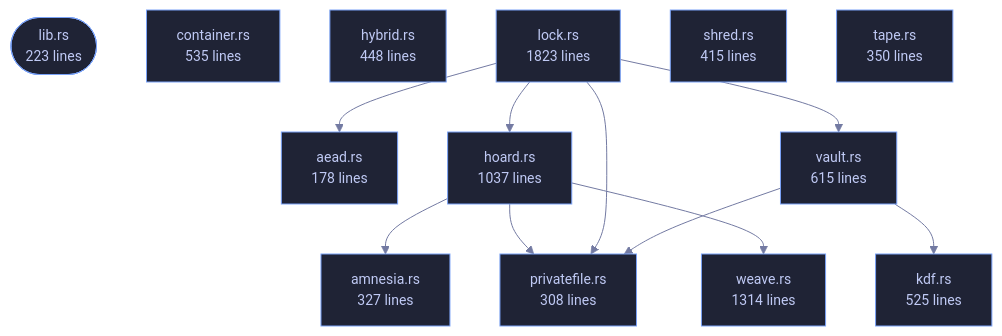
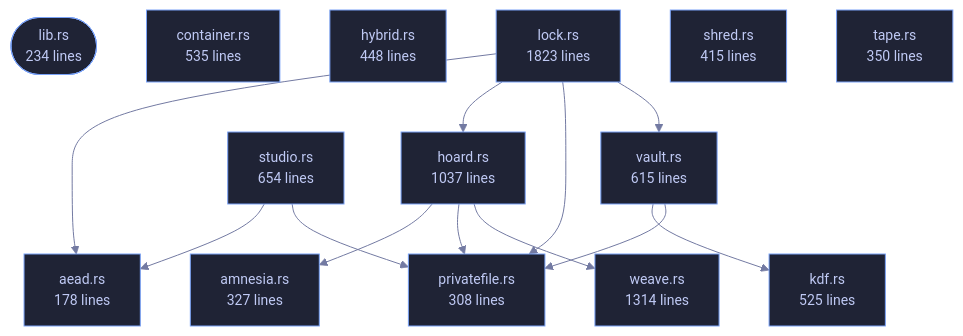
One commit to tilas01/veilvoice changed the diagram in crates/veilvoice-crypto/README.md. Above: the diagram before and after it, drawn with Mermaid. The commit also changed other lines of this file and 25 other files, not shown here.

First line of the commit message:
crypto: a studio vault whose key exists only when both locks are open

````diff
--- a/crates/veilvoice-crypto/README.md
+++ b/crates/veilvoice-crypto/README.md
@@ -108,39 +108,43 @@
 ```mermaid
 %%{init: {"theme":"base","themeVariables":{"background":"#1a1b26","primaryColor":"#1f2335","primaryTextColor":"#c0caf5","primaryBorderColor":"#7aa2f7","secondaryColor":"#16161e","tertiaryColor":"#16161e","lineColor":"#737aa2","textColor":"#c0caf5","mainBkg":"#1f2335","nodeBorder":"#7aa2f7","clusterBkg":"#16161e","clusterBorder":"#2f3549","fontFamily":"ui-monospace, SFMono-Regular, Consolas, monospace","fontSize":"14px"}}}%%
 flowchart TD
-    n_lib(["lib.rs<br/>223 lines"])
+    n_lib(["lib.rs<br/>234 lines"])
     n_aead["aead.rs<br/>178 lines"]
     n_amnesia["amnesia.rs<br/>327 lines"]
     n_container["container.rs<br/>535 lines"]
     n_hoard["hoard.rs<br/>1037 lines"]
     n_hybrid["hybrid.rs<br/>448 lines"]
     n_kdf["kdf.rs<br/>525 lines"]
     n_lock["lock.rs<br/>1823 lines"]
     n_privatefile["privatefile.rs<br/>308 lines"]
     n_shred["shred.rs<br/>415 lines"]
+    n_studio["studio.rs<br/>654 lines"]
     n_tape["tape.rs<br/>350 lines"]
     n_vault["vault.rs<br/>615 lines"]
     n_weave["weave.rs<br/>1314 lines"]
     n_hoard --> n_amnesia
     n_hoard --> n_privatefile
     n_hoard --> n_weave
     n_lock --> n_aead
     n_lock --> n_hoard
     n_lock --> n_privatefile
     n_lock --> n_vault
+    n_studio --> n_aead
+    n_studio --> n_privatefile
     n_vault --> n_kdf
     n_vault --> n_privatefile
     click n_lib href "https://github.com/tilas01/veilvoice/blob/main/crates/veilvoice-crypto/src/lib.rs" "open the source"
     click n_aead href "https://github.com/tilas01/veilvoice/blob/main/crates/veilvoice-crypto/src/aead.rs" "open the source"
     click n_amnesia href "https://github.com/tilas01/veilvoice/blob/main/crates/veilvoice-crypto/src/amnesia.rs" "open the source"
     click n_container href "https://github.com/tilas01/veilvoice/blob/main/crates/veilvoice-crypto/src/container.rs" "open the source"
     click n_hoard href "https://github.com/tilas01/veilvoice/blob/main/crates/veilvoice-crypto/src/hoard.rs" "open the source"
     click n_hybrid href "https://github.com/tilas01/veilvoice/blob/main/crates/veilvoice-crypto/src/hybrid.rs" "open the source"
     click n_kdf href "https://github.com/tilas01/veilvoice/blob/main/crates/veilvoice-crypto/src/kdf.rs" "open the source"
     click n_lock href "https://github.com/tilas01/veilvoice/blob/main/crates/veilvoice-crypto/src/lock.rs" "open the source"
     click n_privatefile href "https://github.com/tilas01/veilvoice/blob/main/crates/veilvoice-crypto/src/privatefile.rs" "open the source"
     click n_shred href "https://github.com/tilas01/veilvoice/blob/main/crates/veilvoice-crypto/src/shred.rs" "open the source"
+    click n_studio href "https://github.com/tilas01/veilvoice/blob/main/crates/veilvoice-crypto/src/studio.rs" "open the source"
     click n_tape href "https://github.com/tilas01/veilvoice/blob/main/crates/veilvoice-crypto/src/tape.rs" "open the source"
     click n_vault href "https://github.com/tilas01/veilvoice/blob/main/crates/veilvoice-crypto/src/vault.rs" "open the source"
     click n_weave href "https://github.com/tilas01/veilvoice/blob/main/crates/veilvoice-crypto/src/weave.rs" "open the source"
 ```
````
